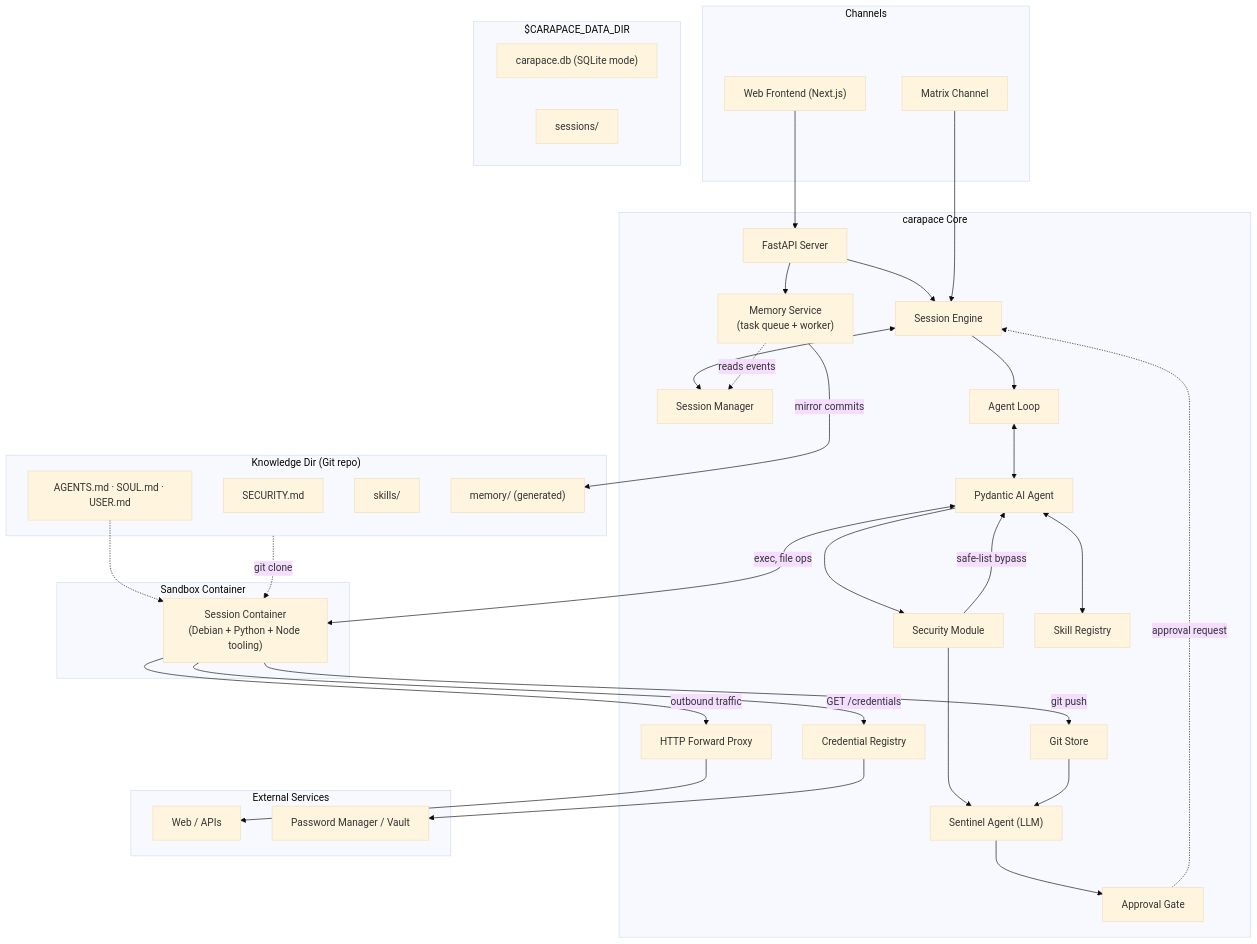
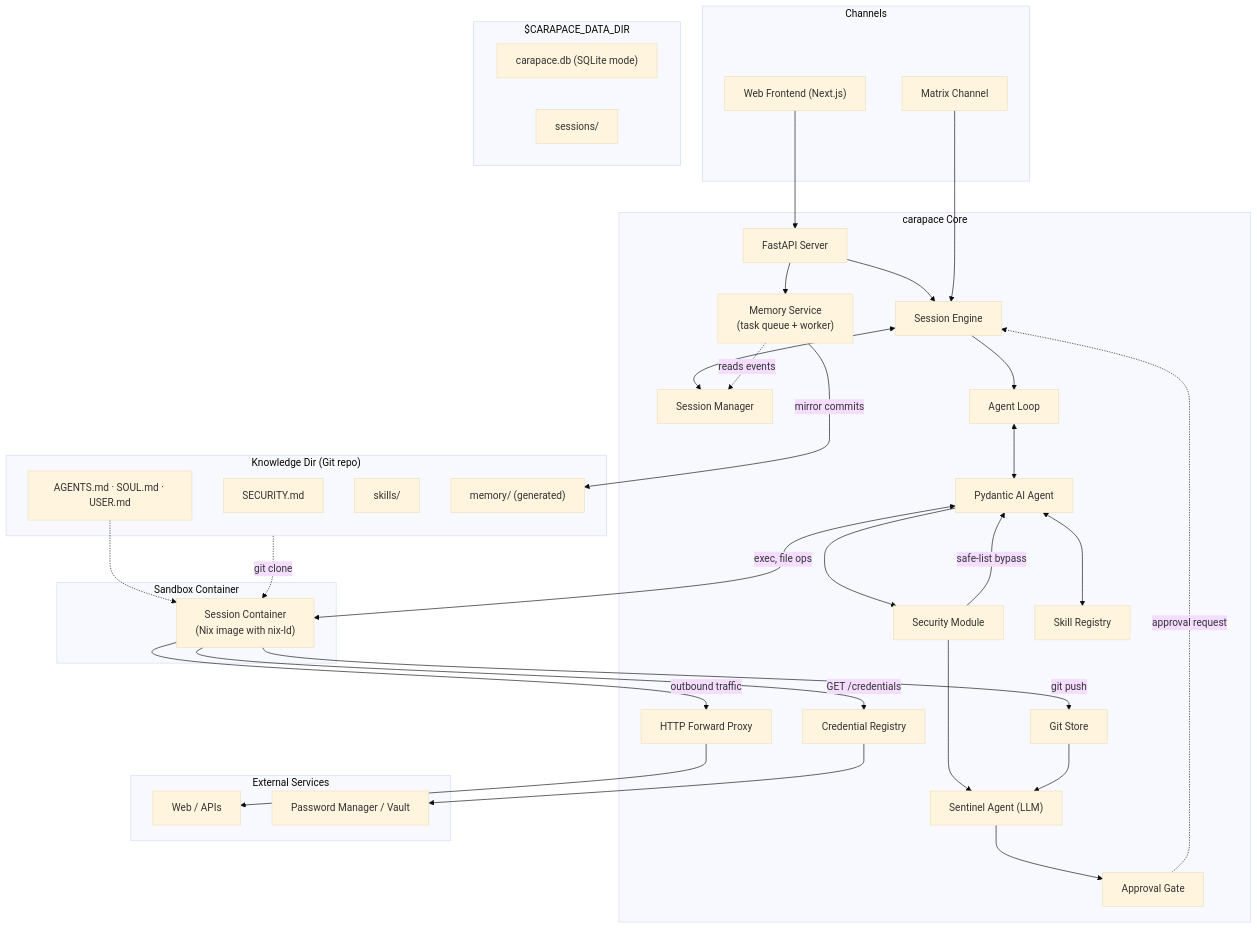
Before and after one commit to thiesgerken/carapace: the first of 3 diagrams in docs/architecture.md, drawn with Mermaid (base theme). The commit also changed 19 other files, not shown here.

First line of the commit message:
✨ feat: build the sandbox image with Nix

````diff
--- a/docs/architecture.md
+++ b/docs/architecture.md
@@ -7,72 +7,72 @@
 ```mermaid
 flowchart TB
     subgraph channels [Channels]
         WebUI["Web Frontend (Next.js)"]
         MatrixCh[Matrix Channel]
     end
 
     subgraph carapace [carapace Core]
         Server[FastAPI Server]
         SessionEngine[Session Engine]
         SessionMgr[Session Manager]
         SecurityMod["Security Module"]
         Sentinel["Sentinel Agent (LLM)"]
         ApprovalGate[Approval Gate]
         AgentLoop[Agent Loop]
         Agent["Pydantic AI Agent"]
         SkillRegistry[Skill Registry]
         GitStore[Git Store]
         CredentialRegistry[Credential Registry]
         Proxy[HTTP Forward Proxy]
         MemorySvc["Memory Service<br/>(task queue + worker)"]
     end
 
     subgraph sandbox [Sandbox Container]
-        Container["Session Container<br/>(Debian + Python + Node tooling)"]
+        Container["Session Container<br/>(Nix image with nix-ld)"]
     end
 
     subgraph external [External Services]
         Web[Web / APIs]
         Vault[Password Manager / Vault]
     end
 
     subgraph datadir ["$CARAPACE_DATA_DIR"]
         DBFile["carapace.db (SQLite mode)"]
         Sessions[sessions/]
     end
 
     subgraph knowledgedir ["Knowledge Dir (Git repo)"]
         SecurityPolicy[SECURITY.md]
         WorkspaceFiles["AGENTS.md · SOUL.md · USER.md"]
         Skills[skills/]
         MemoryMirror["memory/ (generated)"]
     end
 
     WebUI --> Server
     Server --> SessionEngine
     MatrixCh --> SessionEngine
     SessionEngine <--> SessionMgr
     SessionEngine --> AgentLoop
     AgentLoop <--> Agent
     Agent <--> SkillRegistry
     Agent --> SecurityMod
     SecurityMod -->|safe-list bypass| Agent
     SecurityMod --> Sentinel
     Sentinel --> ApprovalGate
     ApprovalGate -.->|approval request| SessionEngine
 
     Agent <-->|exec, file ops| Container
     Container -->|outbound traffic| Proxy
     Proxy --> Web
     Container -->|git push| GitStore
     Container -->|GET /credentials| CredentialRegistry
     CredentialRegistry --> Vault
     GitStore --> Sentinel
 
     Server --> MemorySvc
     MemorySvc -.->|reads events| SessionMgr
     MemorySvc -->|mirror commits| MemoryMirror
 
     knowledgedir -.->|git clone| Container
     WorkspaceFiles -.-> Container
 ```
````
